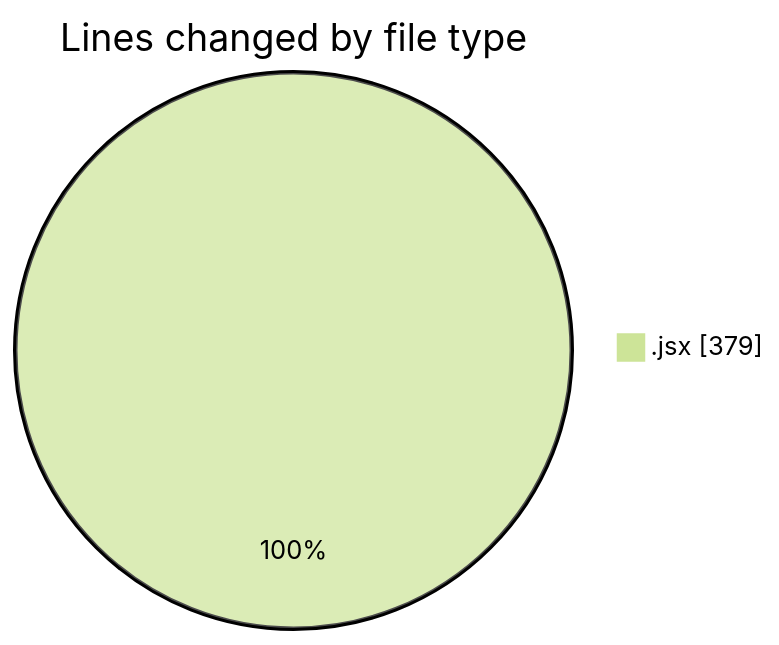
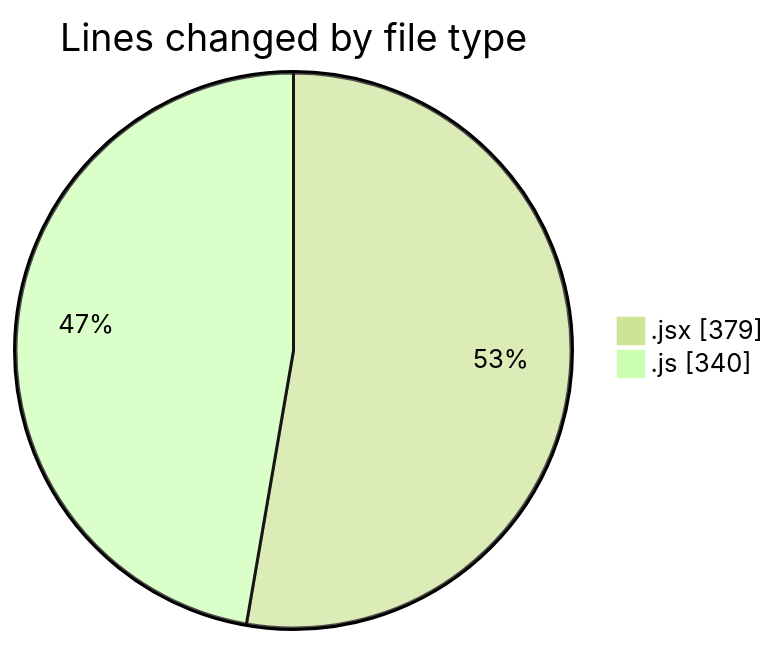
Before and after one commit to nxtqubesakshisongat/code-tracking: the first of 2 diagrams in 2025-12-03/nxtqube_webapp/README.md, drawn with Mermaid (forest theme). The commit also changed other lines of this file and 1 other file, not shown here.

````diff
--- a/2025-12-03/nxtqube_webapp/README.md
+++ b/2025-12-03/nxtqube_webapp/README.md
@@ -20,5 +21,6 @@
 ```mermaid
 pie showData
 title Lines changed by file type
 ".jsx" : 379
+".js" : 340
 ```
````
